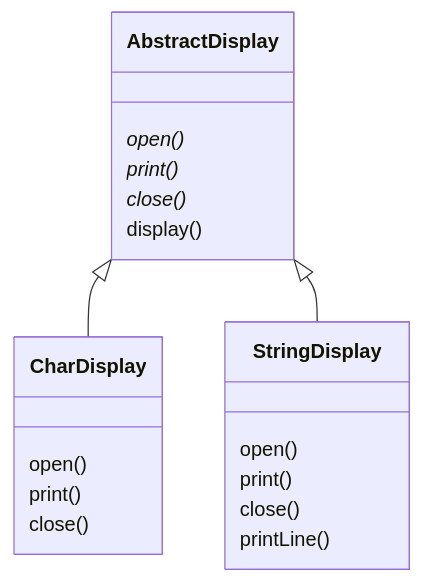
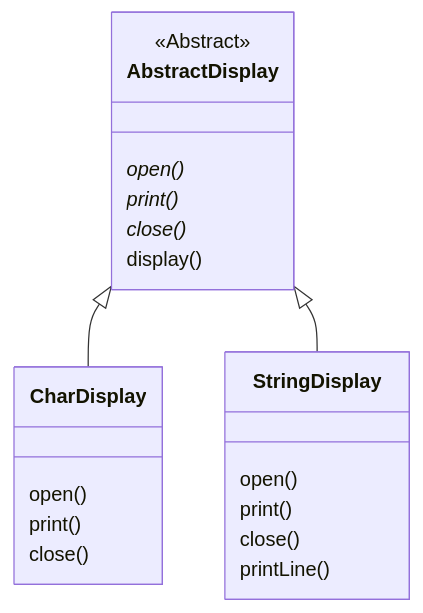
Before and after one commit to jinlee1703/jinlee1703.github.io: the first of 2 diagrams in study/_posts/2023-07-02-Template_Method_Pattern.md, drawn with Mermaid. The commit also changed other lines of this file, not shown here.

Commit message:
docs: update Template Method Pattern

````diff
--- a/study/_posts/2023-07-02-Template_Method_Pattern.md
+++ b/study/_posts/2023-07-02-Template_Method_Pattern.md
@@ -44,26 +44,27 @@
 ```mermaid
 classDiagram
 
 class AbstractDisplay {
+  <<Abstract>>
   open()*
   print()*
   close()*
   display()
 }
 
 class CharDisplay {
   open()
   print()
   close()
 }
 
 class StringDisplay {
   open()
   print()
   close()
   printLine()
 }
 
 AbstractDisplay <|-- CharDisplay
 AbstractDisplay <|-- StringDisplay
 ```
````
